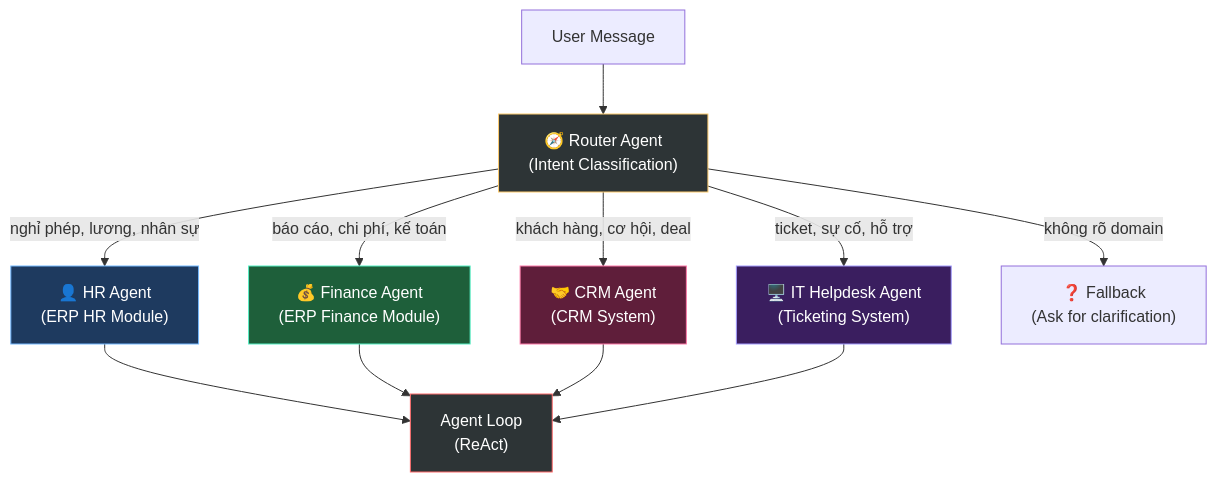
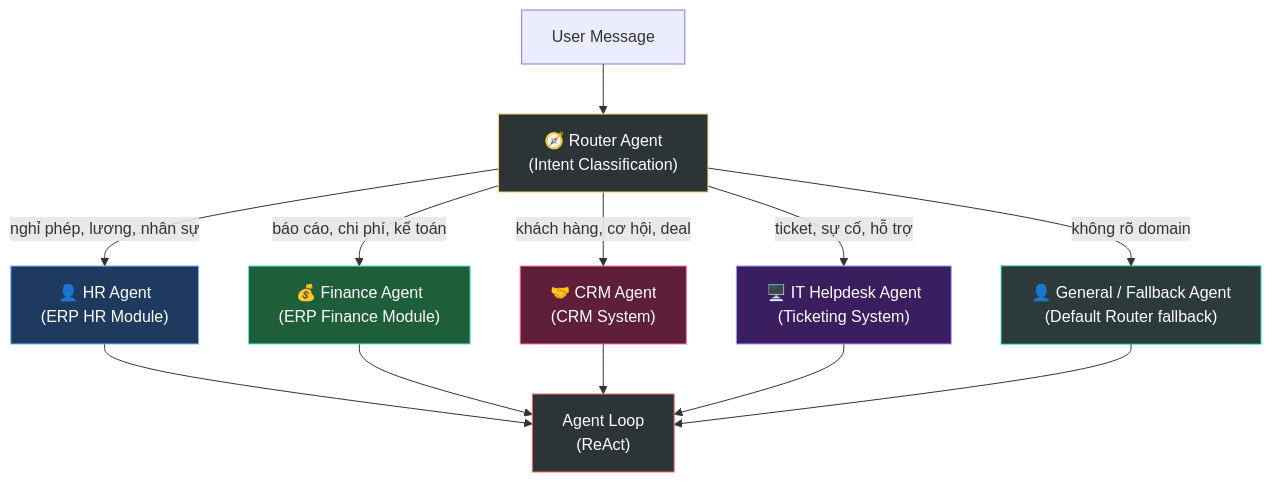
One commit to vietnv5/agentx changed the second of 8 diagrams in docs/architecture/architecture-overview.md. Above: the diagram before and after it, drawn with Mermaid. The commit also changed other lines of this file and 1 other file, not shown here.

Commit message:
Update orchestration engine docs to detail fallback agent behavior and adjust architecture overview diagram

````diff
--- a/docs/architecture/architecture-overview.md
+++ b/docs/architecture/architecture-overview.md
@@ -176,22 +176,24 @@
 ```mermaid
 flowchart TD
     MSG["User Message"] --> ROUTER["🧭 Router Agent<br/>(Intent Classification)"]
 
     ROUTER -->|"nghỉ phép, lương, nhân sự"| HR["👤 HR Agent<br/>(ERP HR Module)"]
     ROUTER -->|"báo cáo, chi phí, kế toán"| FIN["💰 Finance Agent<br/>(ERP Finance Module)"]
     ROUTER -->|"khách hàng, cơ hội, deal"| CRM["🤝 CRM Agent<br/>(CRM System)"]
     ROUTER -->|"ticket, sự cố, hỗ trợ"| IT["🖥️ IT Helpdesk Agent<br/>(Ticketing System)"]
-    ROUTER -->|"không rõ domain"| FALLBACK["❓ Fallback<br/>(Ask for clarification)"]
+    ROUTER -->|"không rõ domain"| GEN["👤 General / Fallback Agent<br/>(Default Router fallback)"]
 
     HR --> LOOP["Agent Loop<br/>(ReAct)"]
     FIN --> LOOP
     CRM --> LOOP
     IT --> LOOP
+    GEN --> LOOP
 
     style ROUTER fill:#2d3436,stroke:#fdcb6e,color:#fff
     style HR fill:#1e3a5f,stroke:#74b9ff,color:#fff
     style FIN fill:#1e5f3a,stroke:#55efc4,color:#fff
     style CRM fill:#5f1e3a,stroke:#fd79a8,color:#fff
     style IT fill:#3a1e5f,stroke:#a29bfe,color:#fff
+    style GEN fill:#2d3a3a,stroke:#00b894,color:#fff
     style LOOP fill:#2d3436,stroke:#ff6b6b,color:#fff
 ```
````
